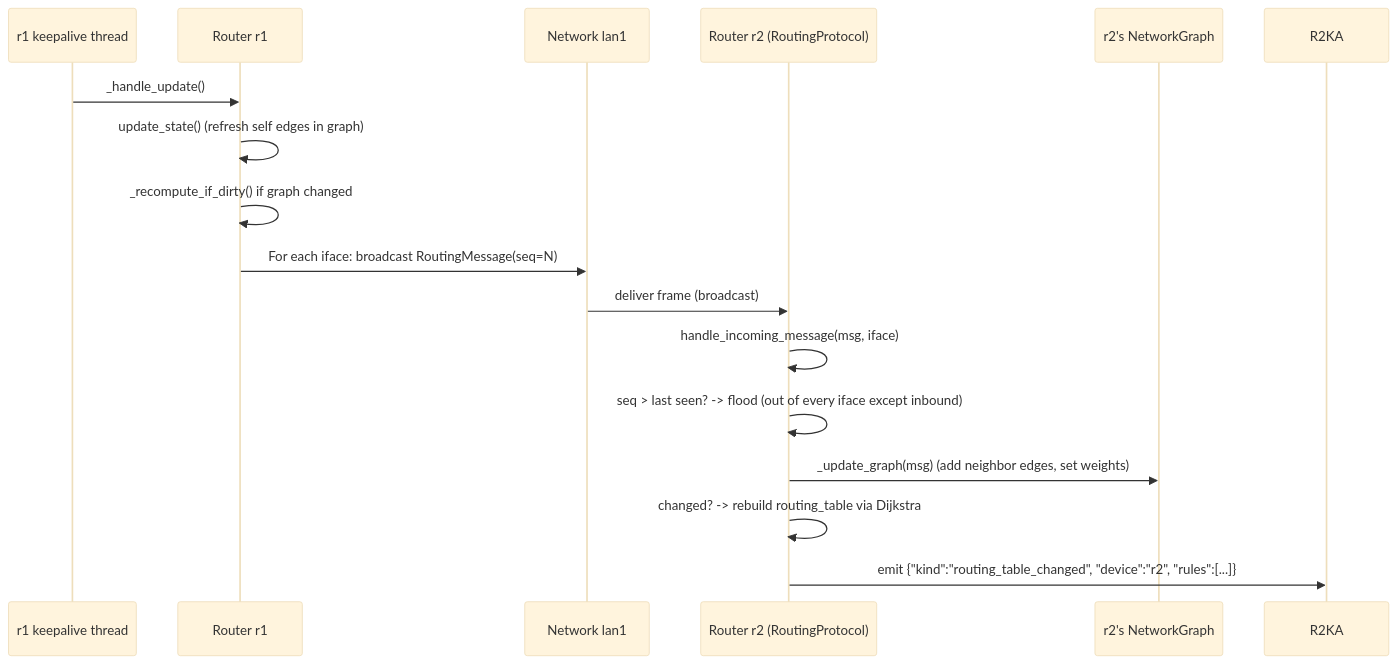
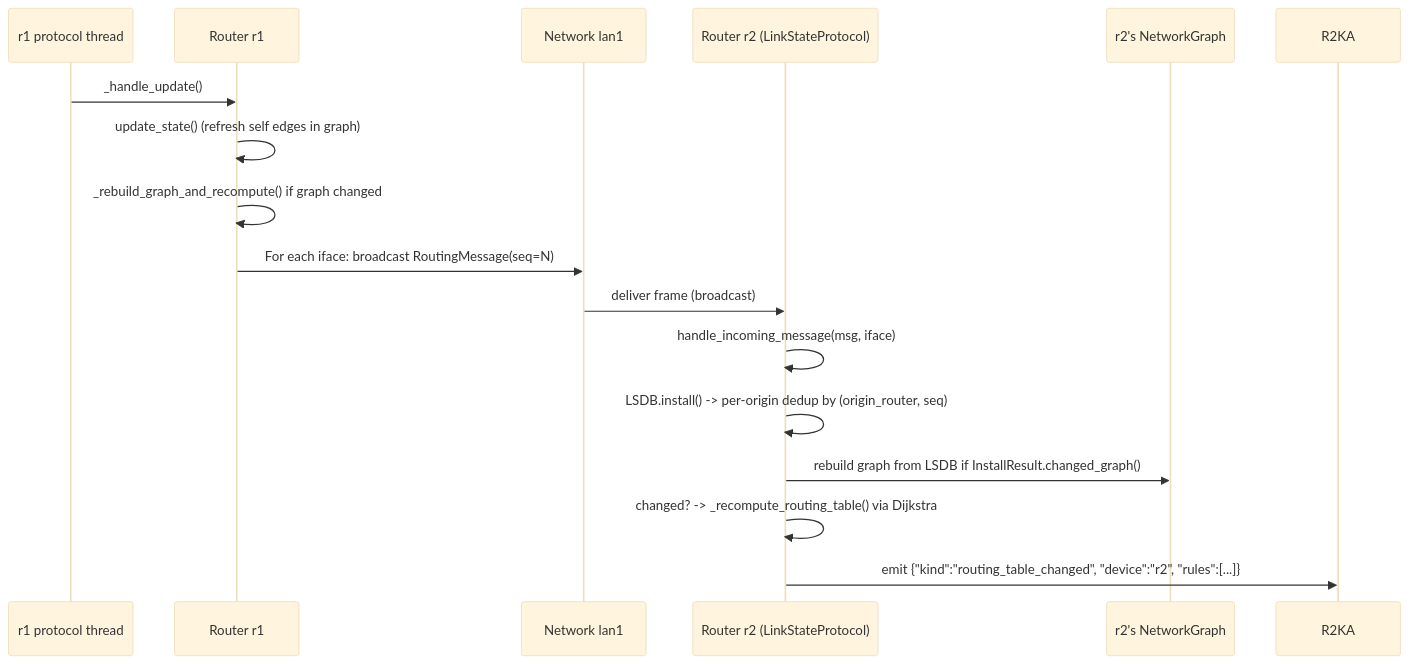
The second of 4 diagrams in docs/architecture/overview.md (lukius/loom), drawn with Mermaid (base theme) before and after one commit. The commit also changed other lines of this file and 4 other files, not shown here.

Commit message:
docs(architecture): sync overview.md dedup paragraph + CLAUDE.md trap with loom-OSPF

````diff
--- a/docs/architecture/overview.md
+++ b/docs/architecture/overview.md
@@ -143,19 +144,19 @@
 ```mermaid
 sequenceDiagram
-  participant R1KA as r1 keepalive thread
+  participant R1KA as r1 protocol thread
   participant R1 as Router r1
   participant LAN1 as Network lan1
-  participant R2 as Router r2 (RoutingProtocol)
+  participant R2 as Router r2 (LinkStateProtocol)
   participant R2GR as r2's NetworkGraph
 
   R1KA->>R1: _handle_update()
   R1->>R1: update_state()  (refresh self edges in graph)
-  R1->>R1: _recompute_if_dirty() if graph changed
+  R1->>R1: _rebuild_graph_and_recompute() if graph changed
   R1->>LAN1: For each iface: broadcast RoutingMessage(seq=N)
   LAN1->>R2: deliver frame (broadcast)
   R2->>R2: handle_incoming_message(msg, iface)
-  R2->>R2: seq > last seen? -> flood (out of every iface except inbound)
-  R2->>R2GR: _update_graph(msg)  (add neighbor edges, set weights)
-  R2->>R2: changed? -> rebuild routing_table via Dijkstra
+  R2->>R2: LSDB.install() -> per-origin dedup by (origin_router, seq)
+  R2->>R2GR: rebuild graph from LSDB if InstallResult.changed_graph()
+  R2->>R2: changed? -> _recompute_routing_table() via Dijkstra
   R2->>R2KA: emit {"kind":"routing_table_changed", "device":"r2", "rules":[...]}
 ```
````
